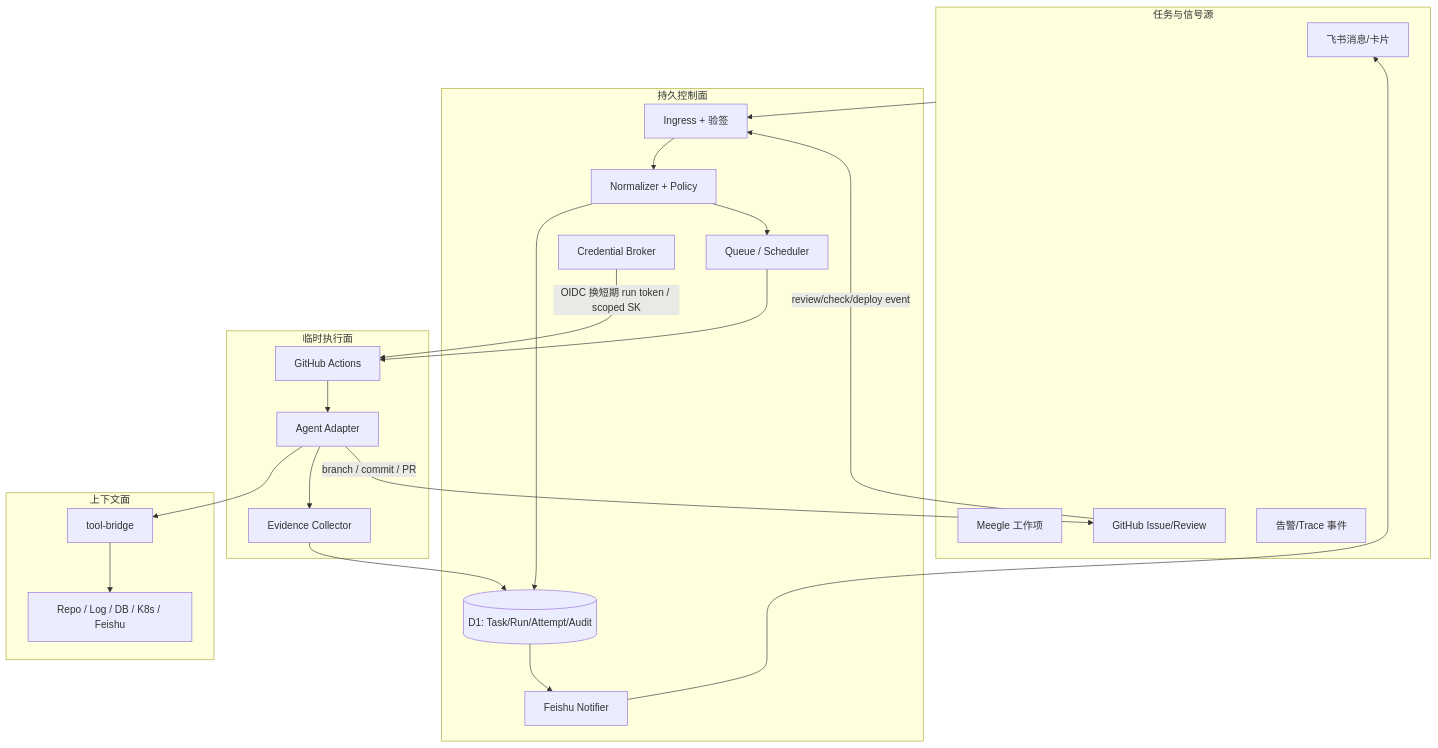
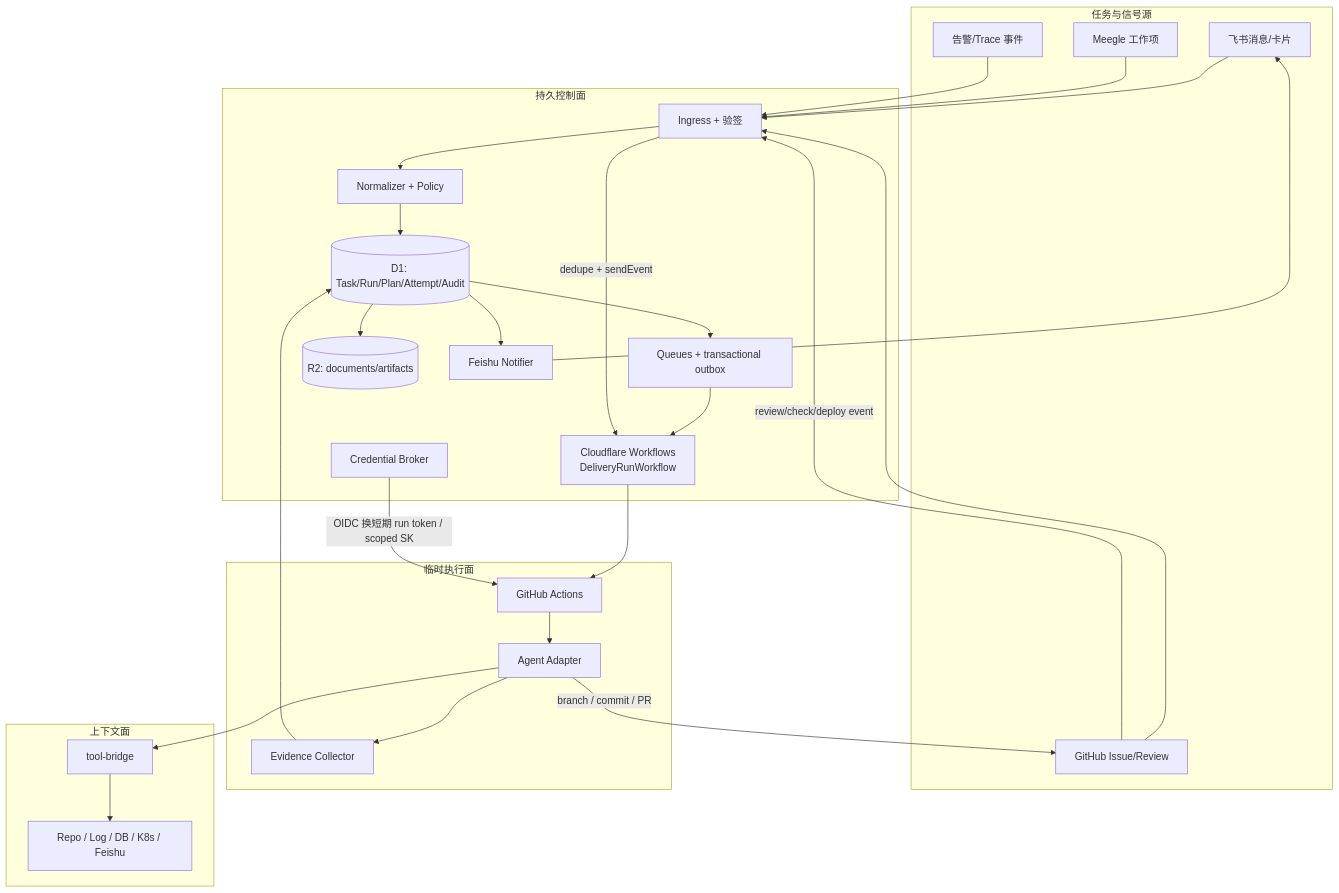
Before and after one commit to evilstar9527/delivery-loop: the first of 2 diagrams in docs/Architecture.md, drawn with Mermaid. The commit also changed other lines of this file and 703 other files, not shown here.

````diff
--- a/docs/Architecture.md
+++ b/docs/Architecture.md
@@ -15,38 +17,46 @@
 ```mermaid
 flowchart TB
   subgraph Sources["任务与信号源"]
     L["飞书消息/卡片"]
     M["Meegle 工作项"]
     G["GitHub Issue/Review"]
     O["告警/Trace 事件"]
   end
 
   subgraph Control["持久控制面"]
     I["Ingress + 验签"]
     N["Normalizer + Policy"]
-    S[("D1: Task/Run/Attempt/Audit")]
-    Q["Queue / Scheduler"]
+    WF["Cloudflare Workflows<br/>DeliveryRunWorkflow"]
+    S[("D1: Task/Run/Plan/Attempt/Audit")]
+    Q["Queues + transactional outbox"]
+    AR[("R2: documents/artifacts")]
     B["Credential Broker"]
     W["Feishu Notifier"]
   end
 
   subgraph Execute["临时执行面"]
     A["GitHub Actions"]
     R["Agent Adapter"]
     E["Evidence Collector"]
   end
 
   subgraph Context["上下文面"]
     T["tool-bridge"]
     C["Repo / Log / DB / K8s / Feishu"]
   end
 
-  Sources --> I --> N --> S
-  N --> Q --> A
+  L --> I
+  M --> I
+  G --> I
+  O --> I
+  I --> N --> S
+  S --> Q --> WF
+  WF --> A
+  S --> AR
   A --> R --> T --> C
   R --> E --> S
   B -->|"OIDC 换短期 run token / scoped SK"| A
   S --> W --> L
   R -->|"branch / commit / PR"| G
-  G -->|"review/check/deploy event"| I
+  G -->|"review/check/deploy event"| I -->|"dedupe + sendEvent"| WF
 ```
````
